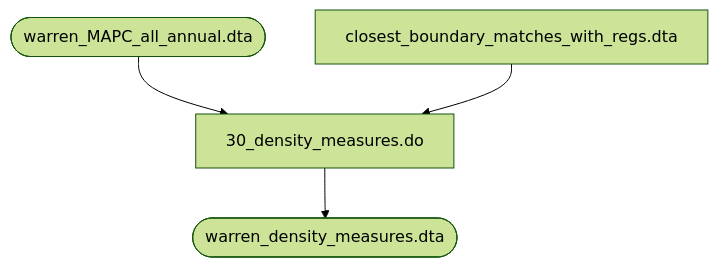
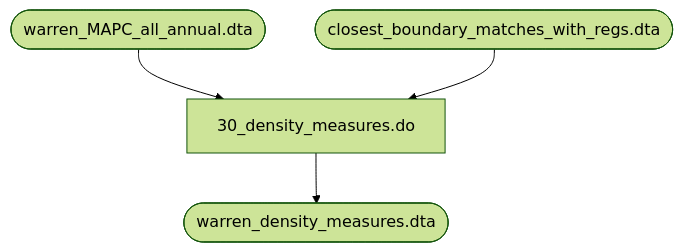
The fourth of 6 diagrams in code/data_setup/README.md (nchiumenti/boston_zoning), drawn with Mermaid (forest theme) before and after one commit.

````diff
--- a/code/data_setup/README.md
+++ b/code/data_setup/README.md
@@ -144,11 +144,11 @@
 ```mermaid
 flowchart TD
     A([warren_MAPC_all_annual.dta])
-    B[closest_boundary_matches_with_regs.dta];
+    B([closest_boundary_matches_with_regs.dta]);
     C[30_density_measures.do]
     D([warren_density_measures.dta])
 
 A --> C
 B --> C
 C-->D
 ```
````
